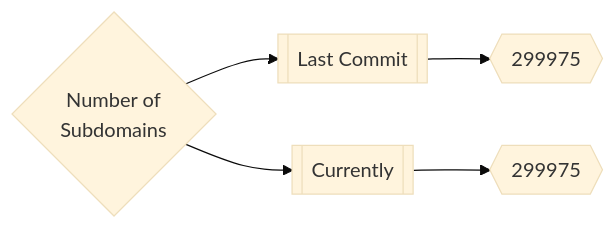
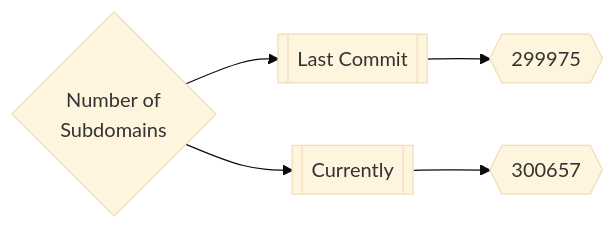
One commit to trickest/inventory changed the first of 3 diagrams in README.md. Above: the diagram before and after it, drawn with Mermaid (base theme). The commit also changed other lines of this file and 35 other files, not shown here.

````diff
--- a/README.md
+++ b/README.md
@@ -165,5 +165,5 @@
 ```mermaid
 graph LR
 title{Number of<br>Subdomains} --> subdomainsDate1[[Last Commit]] --> subdomainsNum1{{299975}}
-title --> subdomainsDate2[[Currently]] --> subdomainsNum2{{299975}}
+title --> subdomainsDate2[[Currently]] --> subdomainsNum2{{300657}}
 ```
````
